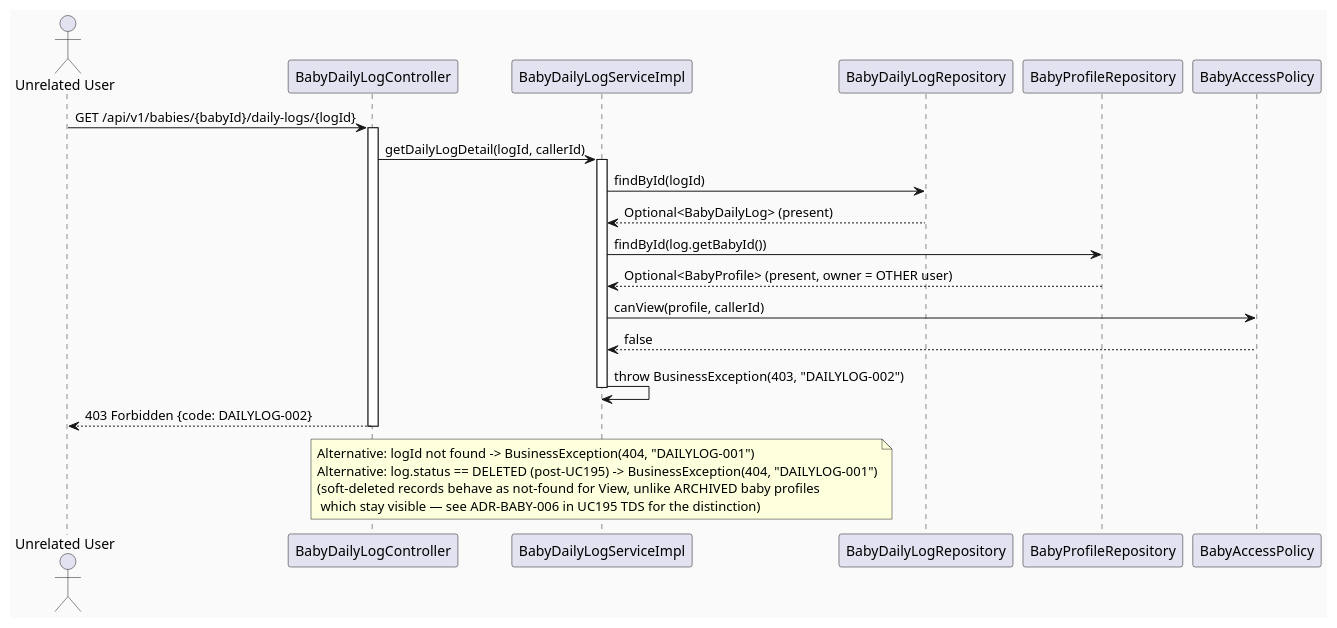
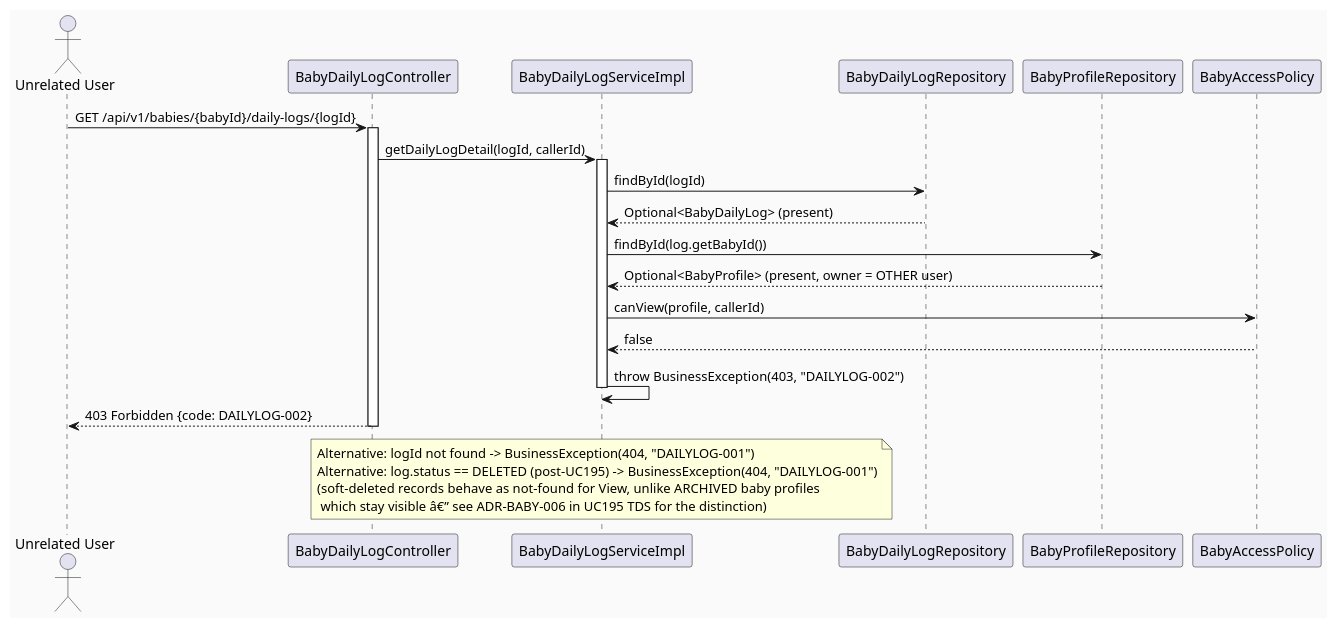
One commit to ChuongBDHE172784/CareBridge_SEP490_G79 changed the third of 3 diagrams in 04_Implement/UC194_ViewBabyDailyLogDetail/UC194_ViewBabyDailyLogDetail_TDS.md. Above: the diagram before and after it, drawn with PlantUML. The commit also changed other lines of this file and 201 other files, not shown here.

````diff
--- a/04_Implement/UC194_ViewBabyDailyLogDetail/UC194_ViewBabyDailyLogDetail_TDS.md
+++ b/04_Implement/UC194_ViewBabyDailyLogDetail/UC194_ViewBabyDailyLogDetail_TDS.md
@@ -297,33 +298,33 @@
 ```plantuml
 @startuml ViewBabyDailyLogDetail_ErrorPath
 skinparam backgroundColor #FAFAFA
 actor "Unrelated User" as Client
 participant "BabyDailyLogController" as Controller
 participant "BabyDailyLogServiceImpl" as Service
 participant "BabyDailyLogRepository" as LogRepo
 participant "BabyProfileRepository" as ProfileRepo
 participant "BabyAccessPolicy" as Policy
 
 Client -> Controller : GET /api/v1/babies/{babyId}/daily-logs/{logId}
 activate Controller
 Controller -> Service : getDailyLogDetail(logId, callerId)
 activate Service
 Service -> LogRepo : findById(logId)
 LogRepo --> Service : Optional<BabyDailyLog> (present)
 Service -> ProfileRepo : findById(log.getBabyId())
 ProfileRepo --> Service : Optional<BabyProfile> (present, owner = OTHER user)
 Service -> Policy : canView(profile, callerId)
 Policy --> Service : false
 Service -> Service : throw BusinessException(403, "DAILYLOG-002")
 deactivate Service
 Controller --> Client : 403 Forbidden {code: DAILYLOG-002}
 deactivate Controller
 
 note over Service
   Alternative: logId not found -> BusinessException(404, "DAILYLOG-001")
   Alternative: log.status == DELETED (post-UC195) -> BusinessException(404, "DAILYLOG-001")
   (soft-deleted records behave as not-found for View, unlike ARCHIVED baby profiles
-   which stay visible — see ADR-BABY-006 in UC195 TDS for the distinction)
+   which stay visible â€” see ADR-BABY-006 in UC195 TDS for the distinction)
 end note
 @enduml
 ```
````
